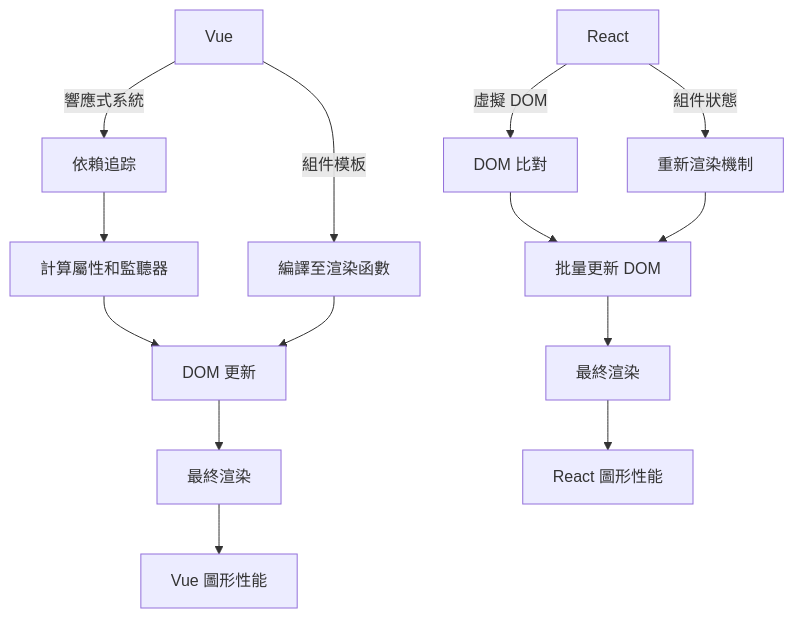
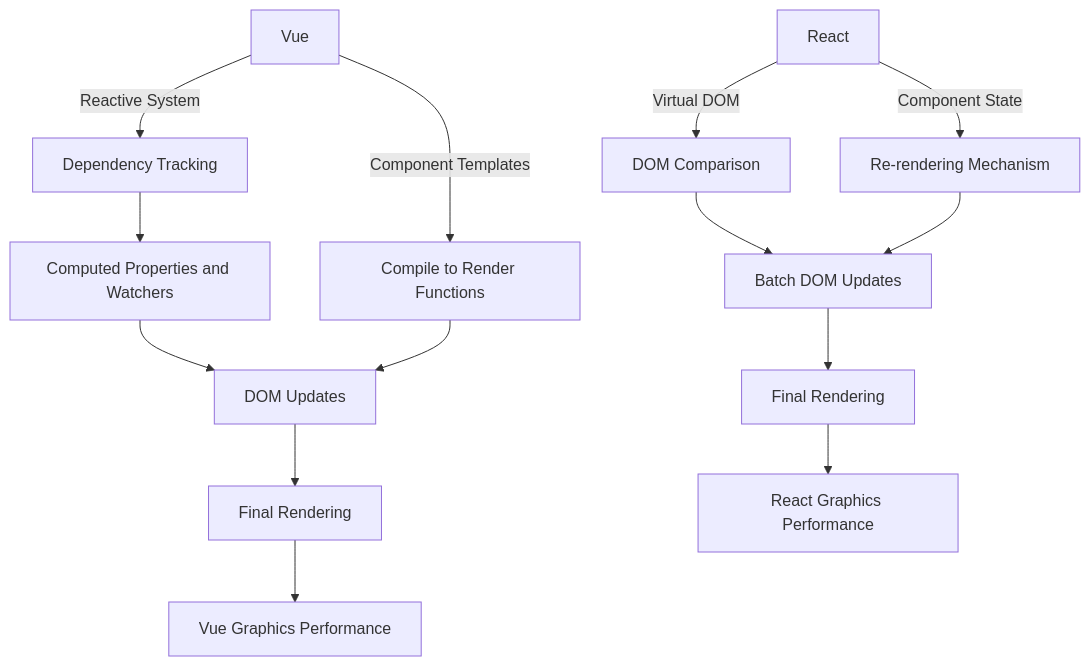
The diagram in content/en/1.frontend/1.react/react-chart.md (eepson123tw/blog), drawn with Mermaid before and after one commit. The commit also changed other lines of this file and 35 other files, not shown here.

````diff
--- a/content/en/1.frontend/1.react/react-chart.md
+++ b/content/en/1.frontend/1.react/react-chart.md
@@ -114,19 +114,19 @@
 ```mermaid
 graph TD
-    A[React] -->|虛擬 DOM| B[DOM 比對]
-    B --> C[批量更新 DOM]
-    C --> D[最終渲染]
-    A -->|組件狀態| E[重新渲染機制]
+    A[React] -->|Virtual DOM| B[DOM Comparison]
+    B --> C[Batch DOM Updates]
+    C --> D[Final Rendering]
+    A -->|Component State| E[Re-rendering Mechanism]
     E --> C
 
-    X[Vue] -->|響應式系統| Y[依賴追踪]
-    Y --> Z[計算屬性和監聽器]
-    Z --> W[DOM 更新]
-    X -->|組件模板| V[編譯至渲染函數]
+    X[Vue] -->|Reactive System| Y[Dependency Tracking]
+    Y --> Z[Computed Properties and Watchers]
+    Z --> W[DOM Updates]
+    X -->|Component Templates| V[Compile to Render Functions]
     V --> W
-    W --> T[最終渲染]
+    W --> T[Final Rendering]
 
-    D --> G[React 圖形性能]
-    T --> H[Vue 圖形性能]
+    D --> G[React Graphics Performance]
+    T --> H[Vue Graphics Performance]
 
 ```
````
